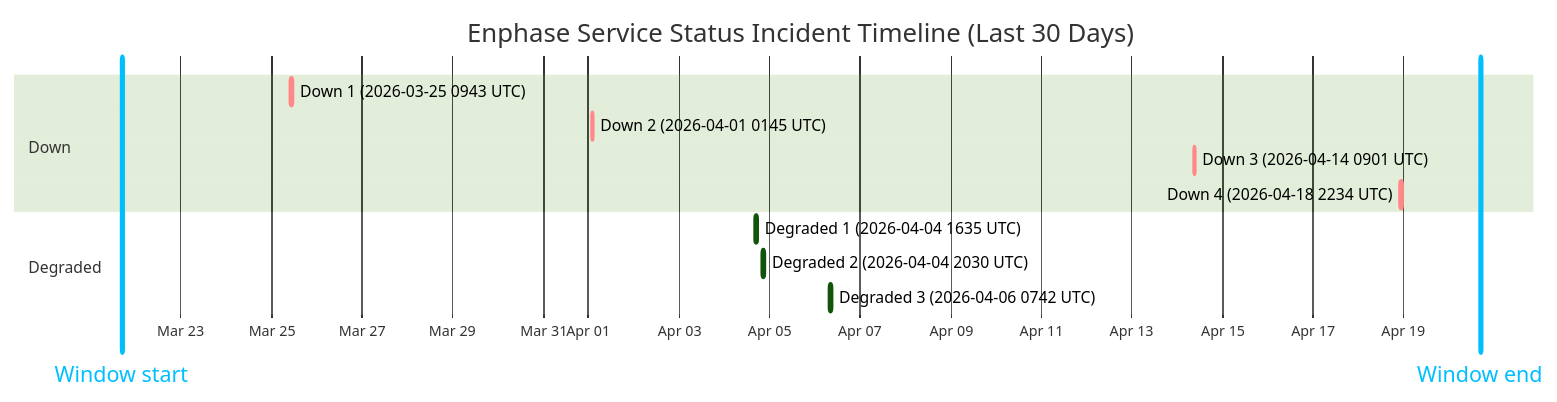
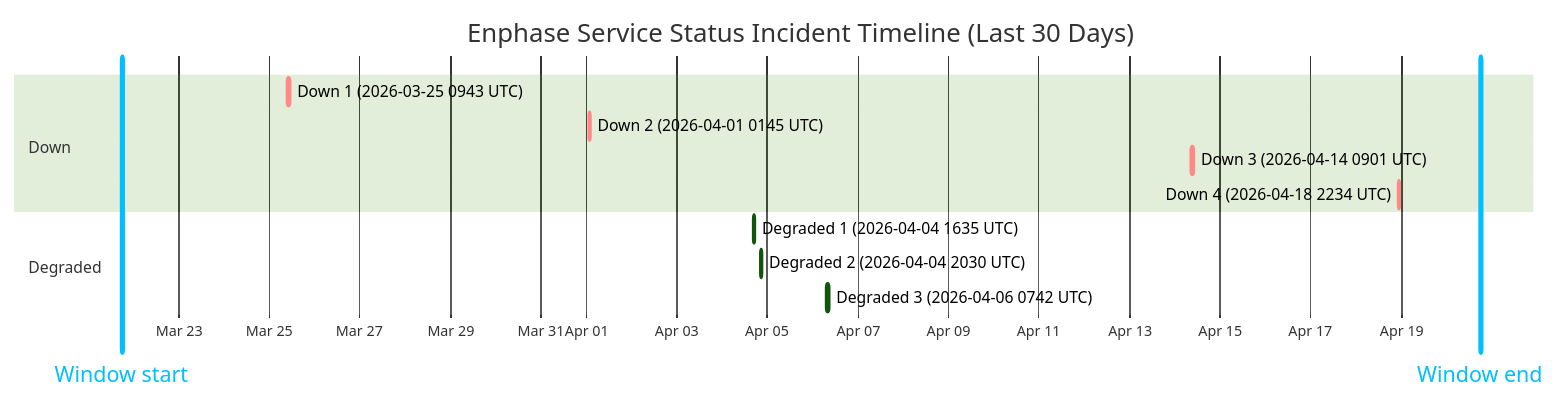
The diagram in wiki/Service-Status-History.md (barneyonline/ha-enphase-ev-charger), drawn with Mermaid (forest theme) before and after one commit. The commit also changed other lines of this file and 3 other files, not shown here.

````diff
--- a/wiki/Service-Status-History.md
+++ b/wiki/Service-Status-History.md
@@ -14,17 +14,17 @@
 ```mermaid
 gantt
     title Enphase Service Status Incident Timeline (Last 30 Days)
     dateFormat  YYYY-MM-DDTHH:mm:ss
     axisFormat  %b %d
-    Window start :vert, window-start, 2026-03-21T16:40:12, 0ms
-    Window end :vert, window-end, 2026-04-20T16:40:12, 0ms
+    Window start :vert, window-start, 2026-03-21T17:57:15, 0ms
+    Window end :vert, window-end, 2026-04-20T17:57:15, 0ms
     section Down
     Down 1 (2026-03-25 0943 UTC) :crit, down-1, 2026-03-25T09:43:28, 111m
     Down 2 (2026-04-01 0145 UTC) :crit, down-2, 2026-04-01T01:45:09, 60m
     Down 3 (2026-04-14 0901 UTC) :crit, down-3, 2026-04-14T09:01:13, 60m
     Down 4 (2026-04-18 2234 UTC) :crit, down-4, 2026-04-18T22:34:13, 60m
     section Degraded
     Degraded 1 (2026-04-04 1635 UTC) :active, degraded-1, 2026-04-04T16:35:17, 60m
     Degraded 2 (2026-04-04 2030 UTC) :active, degraded-2, 2026-04-04T20:30:40, 60m
     Degraded 3 (2026-04-06 0742 UTC) :active, degraded-3, 2026-04-06T07:42:09, 85m
 ```
````
